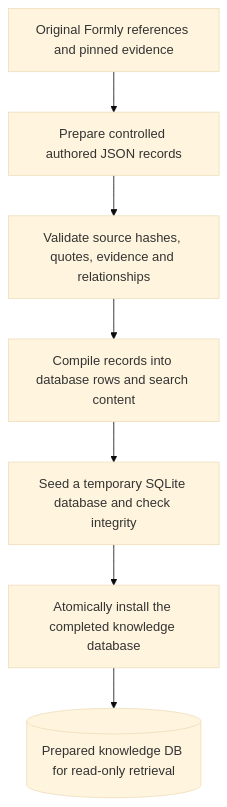
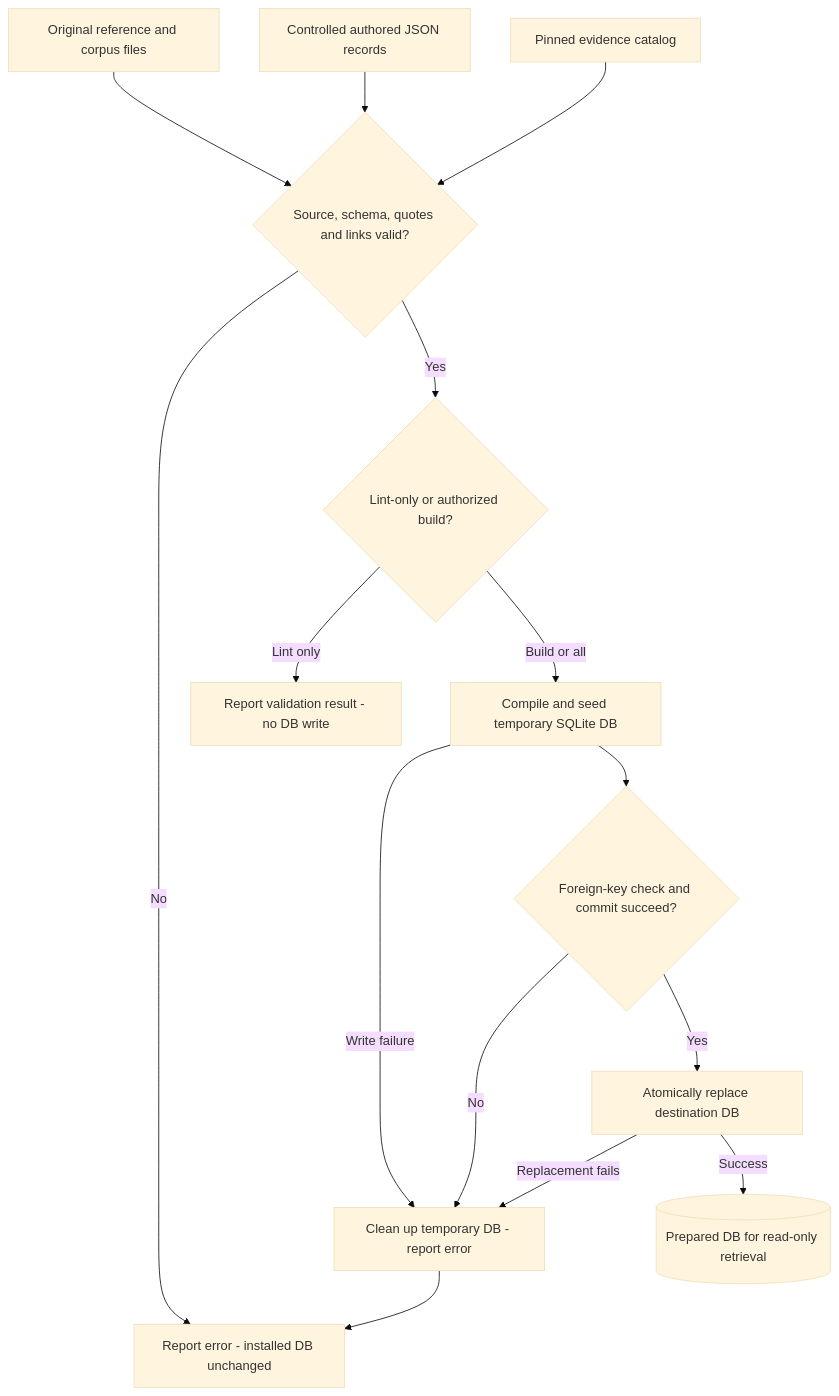
The first of 3 diagrams in README.md (dills122/ask-formly), drawn with Mermaid (base theme) before and after one commit. The commit also changed other lines of this file, not shown here.

First line of the commit message:
Show verified knowledge-build and retrieval branches (#5)

````diff
--- a/README.md
+++ b/README.md
@@ -56,9 +56,18 @@
 ```mermaid
 flowchart TD
-    Sources[Original Formly references and pinned evidence] --> Prepare[Prepare controlled authored JSON records]
-    Prepare --> Validate[Validate source hashes, quotes, evidence and relationships]
-    Validate --> Compile[Compile records into database rows and search content]
-    Compile --> Seed[Seed a temporary SQLite database and check integrity]
-    Seed --> Publish[Atomically install the completed knowledge database]
-    Publish --> Ready[(Prepared knowledge DB for read-only retrieval)]
+    Origins[Original reference and corpus files] --> Validate
+    Authored[Controlled authored JSON records] --> Validate
+    Catalog[Pinned evidence catalog] --> Validate
+    Validate{Source, schema, quotes and links valid?}
+    Validate -->|No| Stop[Report error - installed DB unchanged]
+    Validate -->|Yes| Mode{Lint-only or authorized build?}
+    Mode -->|Lint only| Lint[Report validation result - no DB write]
+    Mode -->|Build or all| Temp[Compile and seed temporary SQLite DB]
+    Temp -->|Write failure| Cleanup[Clean up temporary DB - report error]
+    Temp --> Check{Foreign-key check and commit succeed?}
+    Check -->|No| Cleanup
+    Check -->|Yes| Replace[Atomically replace destination DB]
+    Replace -->|Replacement fails| Cleanup
+    Replace -->|Success| Ready[(Prepared DB for read-only retrieval)]
+    Cleanup --> Stop
 ```
````
